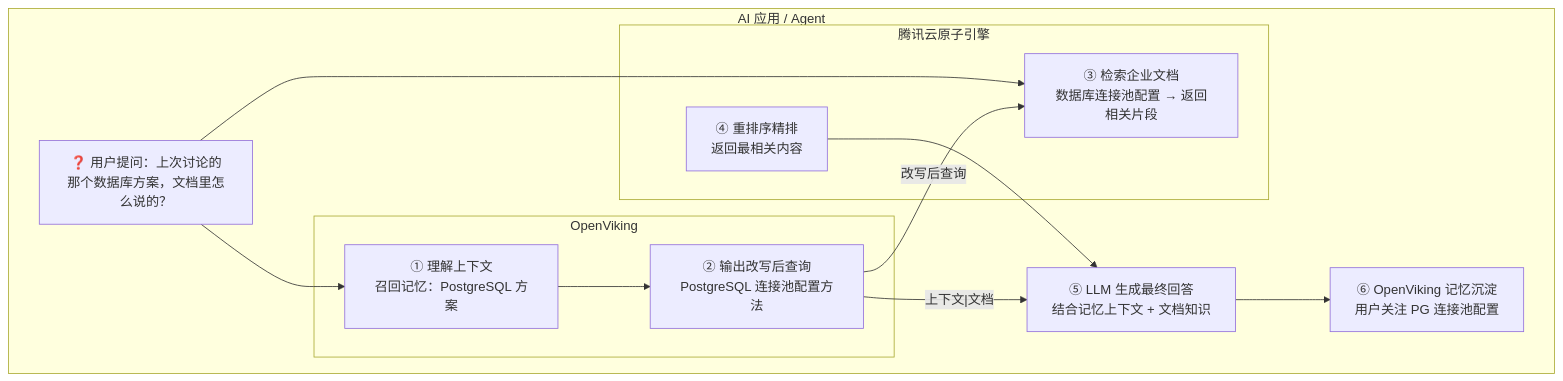
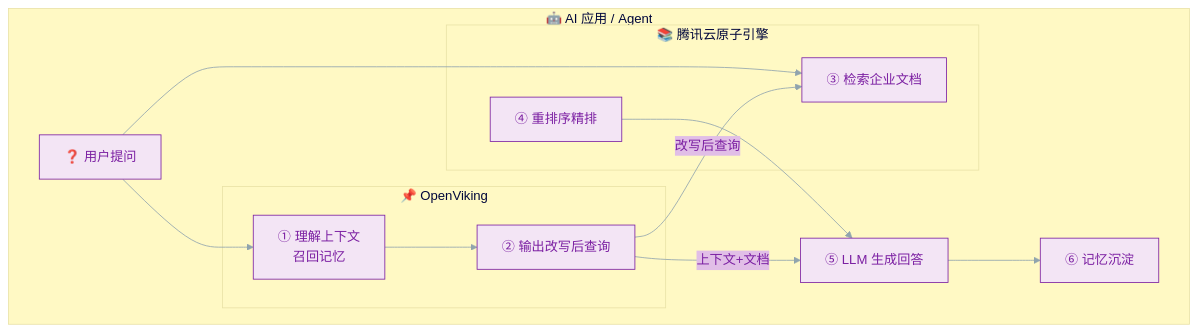
Before and after one commit to tanteng/blog: the third of 3 diagrams in content/posts/ai-knowledge-base-rag-tencent-cloud-openviking.md, drawn with Mermaid. The commit also changed other lines of this file and 1 other file, not shown here.

Commit message:
style: mermaid 流程图改竖向，添加主题配色和容器样式

```diff
--- a/content/posts/ai-knowledge-base-rag-tencent-cloud-openviking.md
+++ b/content/posts/ai-knowledge-base-rag-tencent-cloud-openviking.md
@@ -138,27 +140,28 @@
 {{< mermaid >}}
+%%{init: {'theme': 'base', 'themeVariables': {'primaryColor': '#f3e5f5', 'primaryTextColor': '#7b1fa2', 'primaryBorderColor': '#7b1fa2', 'lineColor': '#90a4ae', 'secondaryColor': '#e1bee7', 'tertiaryColor': '#fff9c4'}}}%%
 flowchart TB
-    subgraph AI["AI 应用 / Agent"]
-        Q["❓ 用户提问：上次讨论的那个数据库方案，文档里怎么说的？"]
+    subgraph AI["🤖 AI 应用 / Agent"]
+        Q["❓ 用户提问"]
 
-        subgraph OV["OpenViking"]
-            OV1["① 理解上下文<br/>召回记忆：PostgreSQL 方案"]
-            OV2["② 输出改写后查询<br/>PostgreSQL 连接池配置方法"]
+        subgraph OV["📌 OpenViking"]
+            OV1["① 理解上下文<br/>召回记忆"]
+            OV2["② 输出改写后查询"]
         end
 
-        subgraph TE["腾讯云原子引擎"]
-            TE3["③ 检索企业文档<br/>数据库连接池配置 → 返回相关片段"]
-            TE4["④ 重排序精排<br/>返回最相关内容"]
+        subgraph TE["📚 腾讯云原子引擎"]
+            TE3["③ 检索企业文档"]
+            TE4["④ 重排序精排"]
         end
 
-        LLM["⑤ LLM 生成最终回答<br/>结合记忆上下文 + 文档知识"]
-        OV3["⑥ OpenViking 记忆沉淀<br/>用户关注 PG 连接池配置"]
+        LLM["⑤ LLM 生成回答"]
+        OV3["⑥ 记忆沉淀"]
     end
 
     Q --> OV1
     Q --> TE3
     OV2 -->|"改写后查询"| TE3
     OV1 --> OV2
     TE4 --> LLM
-    OV2 -->|"上下文|文档"| LLM
+    OV2 -->|"上下文+文档"| LLM
     LLM --> OV3
 {{< /mermaid >}}
```
